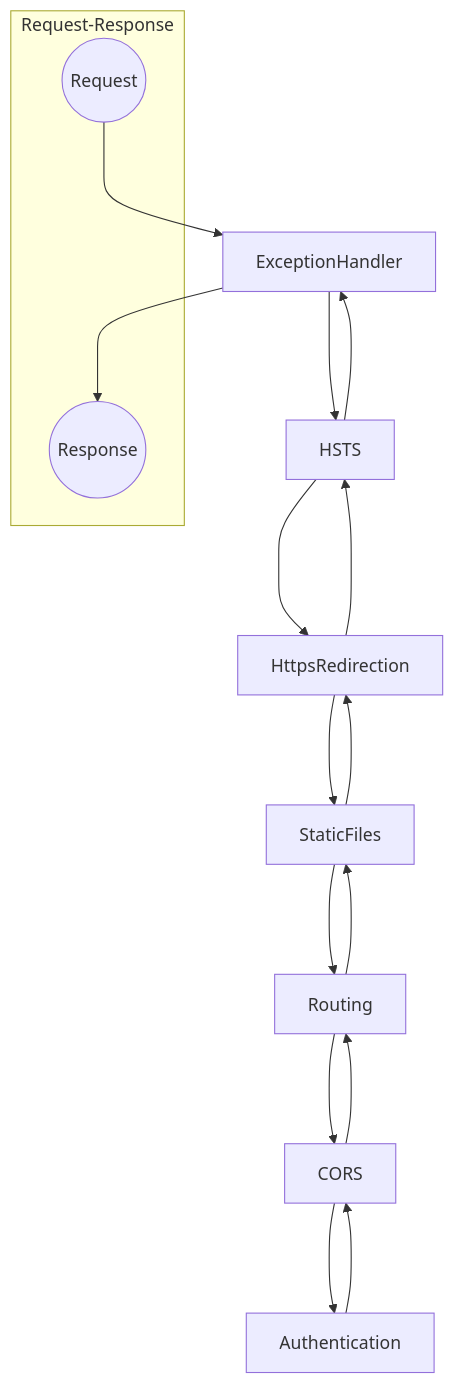
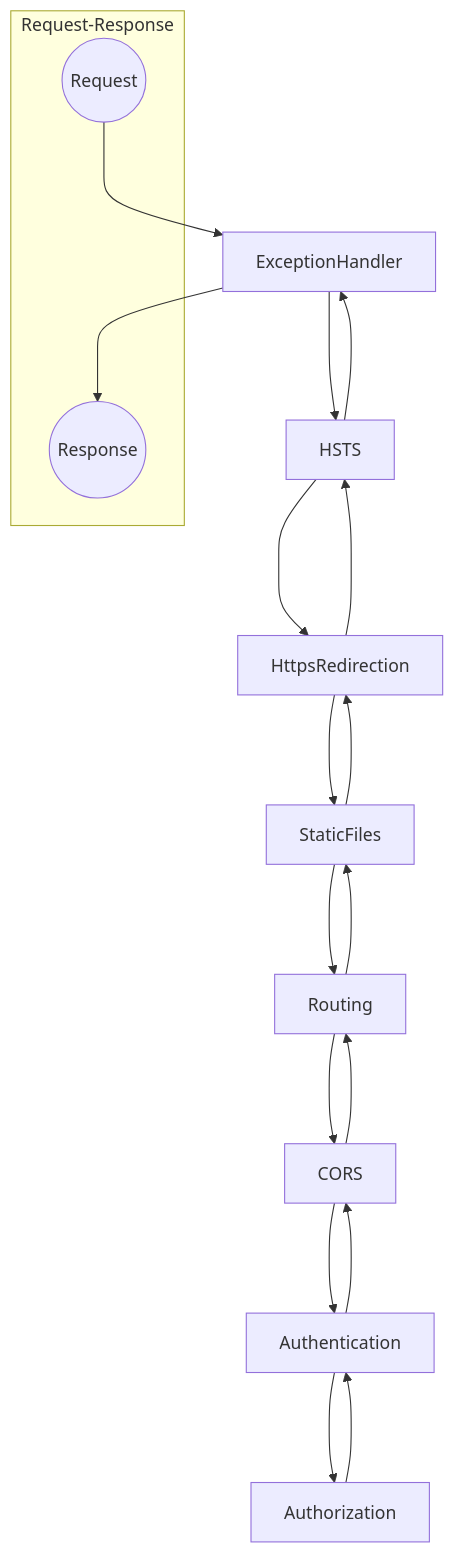
One commit to Rick-Anderson/MiddlewareMermaid changed the diagram in MiddlewareMermaid/c.md. Above: the diagram before and after it, drawn with Mermaid.

````diff
--- a/MiddlewareMermaid/c.md
+++ b/MiddlewareMermaid/c.md
@@ -1,25 +1,25 @@
 ```mermaid
 graph TD;
     subgraph Request-Response
         Request((Request))
         Response((Response))
     end
     Request--->ExceptionHandler
     ExceptionHandler--->HSTS
     HSTS--->HttpsRedirection
     HttpsRedirection--->StaticFiles
     StaticFiles--->Routing
     Routing--->CORS
     CORS--->Authentication
+    Authentication--->Authorization
     
-    
+    Authorization-->Authentication
     Authentication--->CORS
     CORS--->Routing
     Routing--->StaticFiles
     StaticFiles--->HttpsRedirection
     HttpsRedirection--->HSTS
     HSTS--->ExceptionHandler
     ExceptionHandler--->Response
 
-
 ```
````
